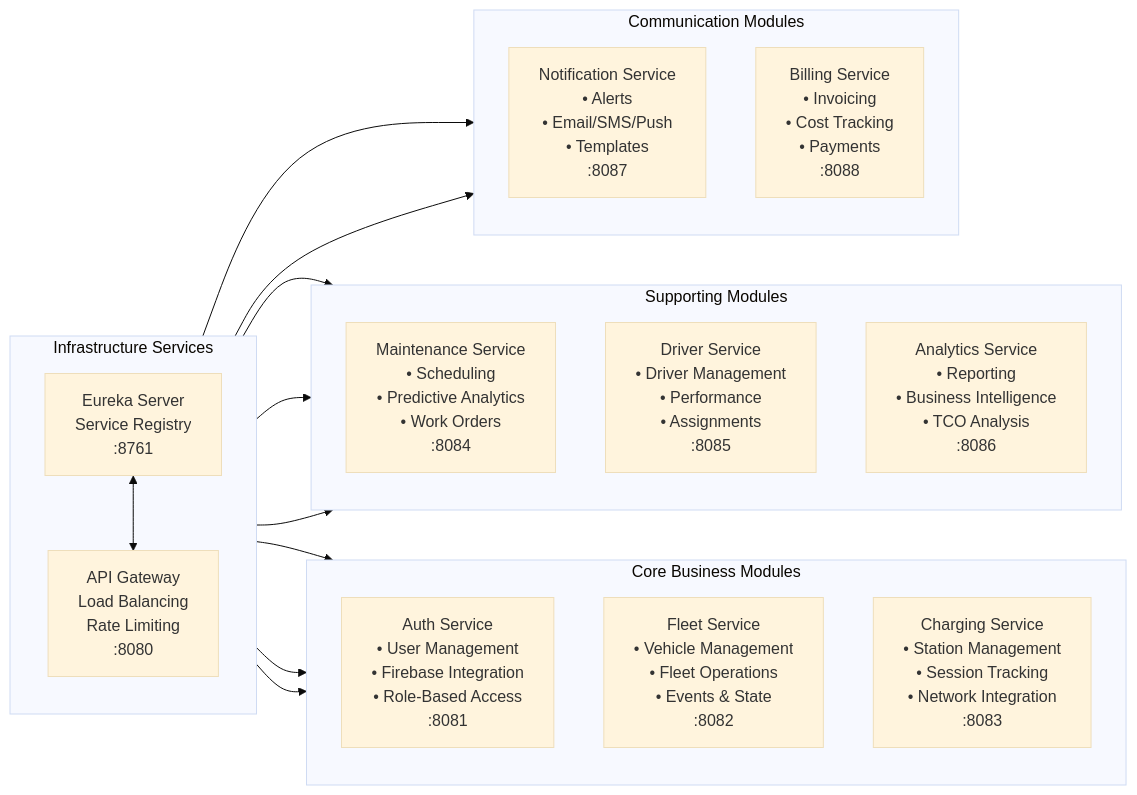
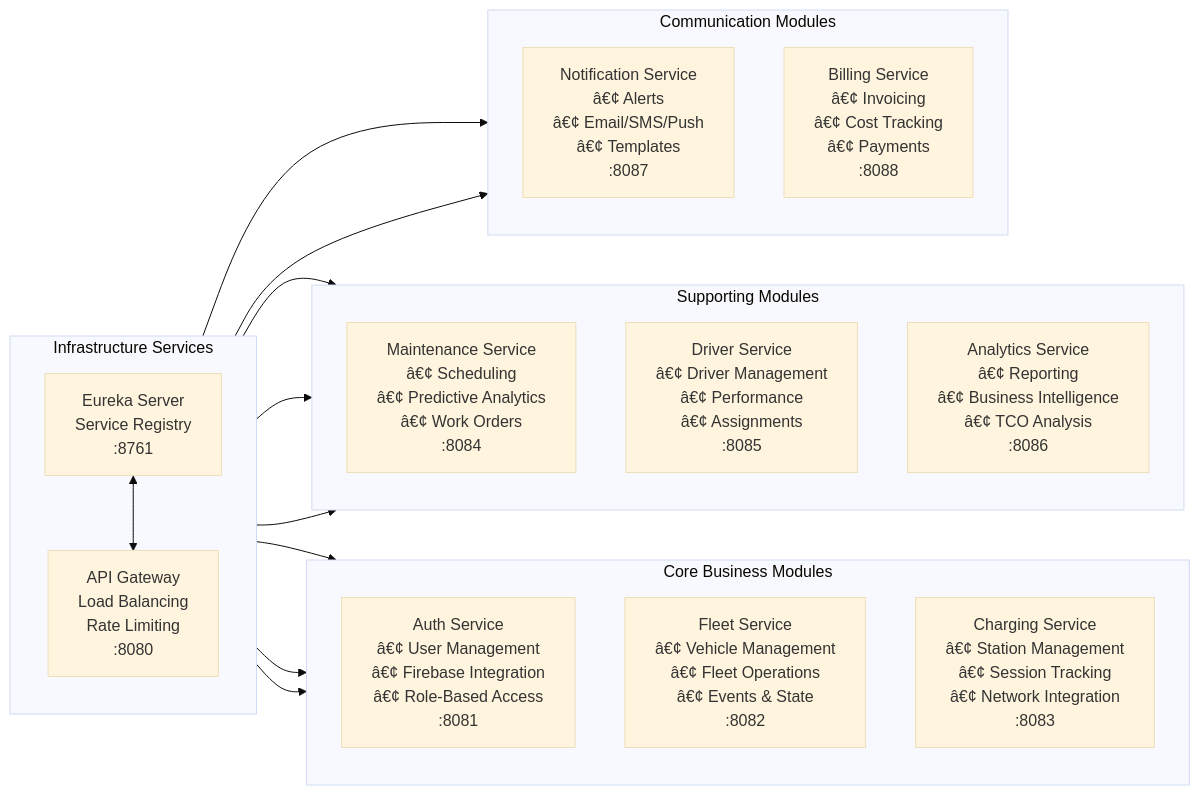
The second of 18 diagrams in docs/ARCHITECTURE/APPLICATION_FLOWCHART.md (ommanoj88/SEV), drawn with Mermaid (base theme) before and after one commit. The commit also changed other lines of this file and 37 other files, not shown here.

````diff
--- a/docs/ARCHITECTURE/APPLICATION_FLOWCHART.md
+++ b/docs/ARCHITECTURE/APPLICATION_FLOWCHART.md
@@ -104,38 +104,38 @@
 ```mermaid
 flowchart LR
     subgraph "Infrastructure Services"
         direction TB
         ES[Eureka Server<br/>Service Registry<br/>:8761]
         GW[API Gateway<br/>Load Balancing<br/>Rate Limiting<br/>:8080]
     end
 
     subgraph "Core Business Modules"
         direction TB
-        AS[Auth Service<br/>• User Management<br/>• Firebase Integration<br/>• Role-Based Access<br/>:8081]
-        FS[Fleet Service<br/>• Vehicle Management<br/>• Fleet Operations<br/>• Events & State<br/>:8082]
-        CS[Charging Service<br/>• Station Management<br/>• Session Tracking<br/>• Network Integration<br/>:8083]
+        AS[Auth Service<br/>â€¢ User Management<br/>â€¢ Firebase Integration<br/>â€¢ Role-Based Access<br/>:8081]
+        FS[Fleet Service<br/>â€¢ Vehicle Management<br/>â€¢ Fleet Operations<br/>â€¢ Events & State<br/>:8082]
+        CS[Charging Service<br/>â€¢ Station Management<br/>â€¢ Session Tracking<br/>â€¢ Network Integration<br/>:8083]
     end
 
     subgraph "Supporting Modules"
         direction TB
-        MS[Maintenance Service<br/>• Scheduling<br/>• Predictive Analytics<br/>• Work Orders<br/>:8084]
-        DS[Driver Service<br/>• Driver Management<br/>• Performance<br/>• Assignments<br/>:8085]
-        ANS[Analytics Service<br/>• Reporting<br/>• Business Intelligence<br/>• TCO Analysis<br/>:8086]
+        MS[Maintenance Service<br/>â€¢ Scheduling<br/>â€¢ Predictive Analytics<br/>â€¢ Work Orders<br/>:8084]
+        DS[Driver Service<br/>â€¢ Driver Management<br/>â€¢ Performance<br/>â€¢ Assignments<br/>:8085]
+        ANS[Analytics Service<br/>â€¢ Reporting<br/>â€¢ Business Intelligence<br/>â€¢ TCO Analysis<br/>:8086]
     end
 
     subgraph "Communication Modules"
         direction TB
-        NS[Notification Service<br/>• Alerts<br/>• Email/SMS/Push<br/>• Templates<br/>:8087]
-        BS[Billing Service<br/>• Invoicing<br/>• Cost Tracking<br/>• Payments<br/>:8088]
+        NS[Notification Service<br/>â€¢ Alerts<br/>â€¢ Email/SMS/Push<br/>â€¢ Templates<br/>:8087]
+        BS[Billing Service<br/>â€¢ Invoicing<br/>â€¢ Cost Tracking<br/>â€¢ Payments<br/>:8088]
     end
 
     ES <--> GW
     GW --> AS
     GW --> FS
     GW --> CS
     GW --> MS
     GW --> DS
     GW --> ANS
     GW --> NS
     GW --> BS
 ```
````
